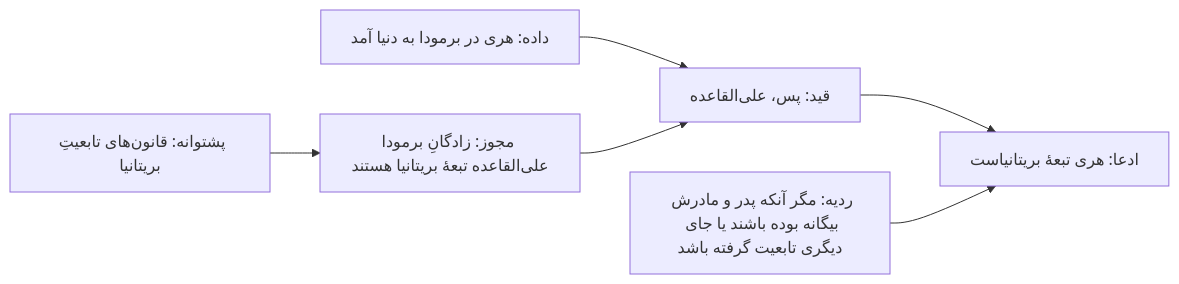
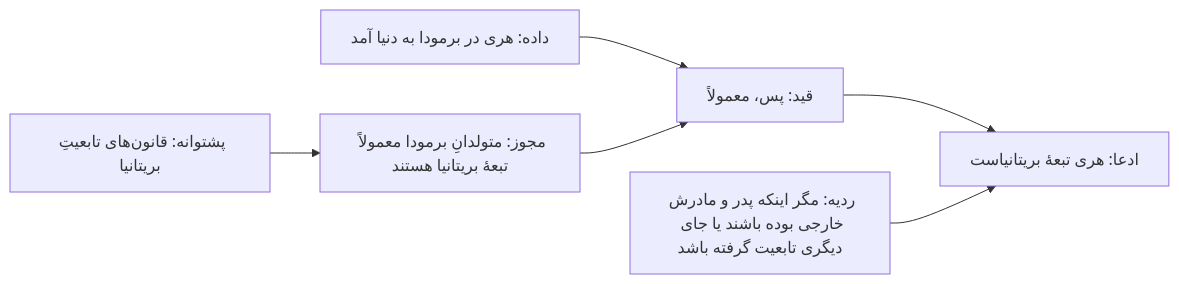
One commit to Rhadadi/epis changed the second of 2 diagrams in guide/fa/03-logic-and-arguments.md. Above: the diagram before and after it, drawn with Mermaid. The commit also changed other lines of this file and 15 other files, not shown here.

````diff
--- a/guide/fa/03-logic-and-arguments.md
+++ b/guide/fa/03-logic-and-arguments.md
@@ -531,7 +531,7 @@
 ```mermaid
 flowchart LR
-    D["داده: هری در برمودا به دنیا آمد"] --> Q["قید: پس، علی‌القاعده"] --> C["ادعا: هری تبعهٔ بریتانیاست"]
-    W["مجوز: زادگانِ برمودا علی‌القاعده تبعهٔ بریتانیا هستند"] --> Q
+    D["داده: هری در برمودا به دنیا آمد"] --> Q["قید: پس، معمولاً"] --> C["ادعا: هری تبعهٔ بریتانیاست"]
+    W["مجوز: متولدانِ برمودا معمولاً تبعهٔ بریتانیا هستند"] --> Q
     B["پشتوانه: قانون‌های تابعیتِ بریتانیا"] --> W
-    R["ردیه: مگر آنکه پدر و مادرش بیگانه بوده باشند یا جای دیگری تابعیت گرفته باشد"] --> C
+    R["ردیه: مگر اینکه پدر و مادرش خارجی بوده باشند یا جای دیگری تابعیت گرفته باشد"] --> C
 ```
````
